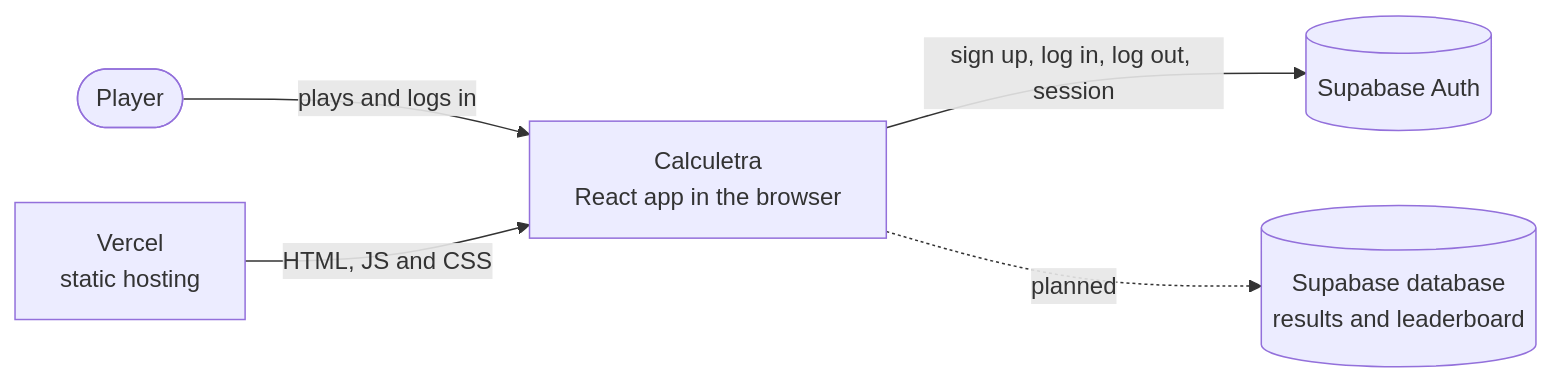
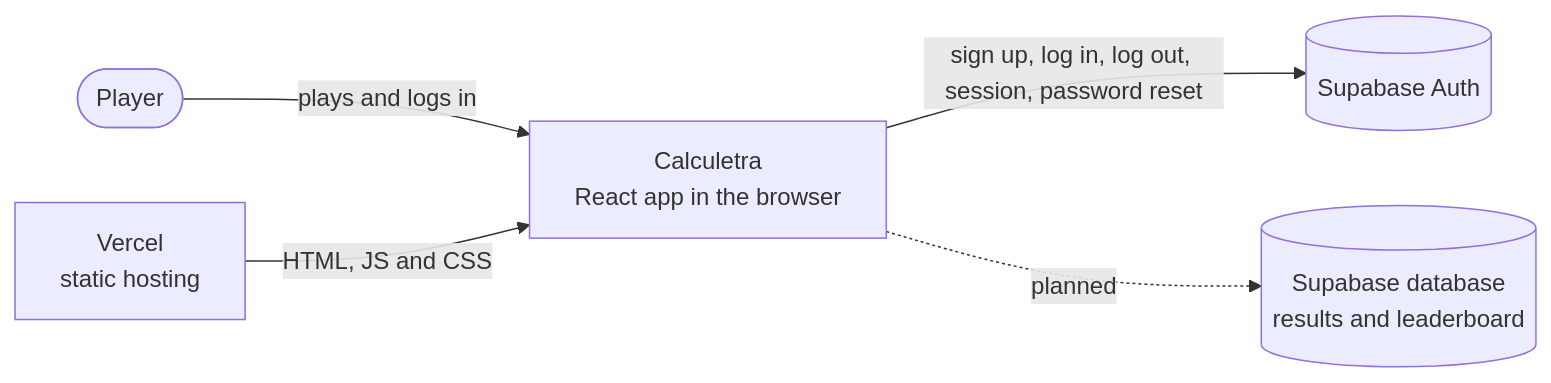
One commit to MatiCoding/calculetra changed the first of 2 diagrams in docs/architecture.md. Above: the diagram before and after it, drawn with Mermaid. The commit also changed other lines of this file and 1 other file, not shown here.

First line of the commit message:
docs: add password reset to the changelog and architecture

````diff
--- a/docs/architecture.md
+++ b/docs/architecture.md
@@ -21,13 +21,13 @@
 ```mermaid
 flowchart LR
     player(["Player"])
     browser["Calculetra<br/>React app in the browser"]
     vercel["Vercel<br/>static hosting"]
     supabase[("Supabase Auth")]
     db[("Supabase database<br/>results and leaderboard")]
 
     player -->|plays and logs in| browser
     vercel -->|HTML, JS and CSS| browser
-    browser -->|sign up, log in, log out, session| supabase
+    browser -->|sign up, log in, log out, session, password reset| supabase
     browser -.->|planned| db
 ```
````
